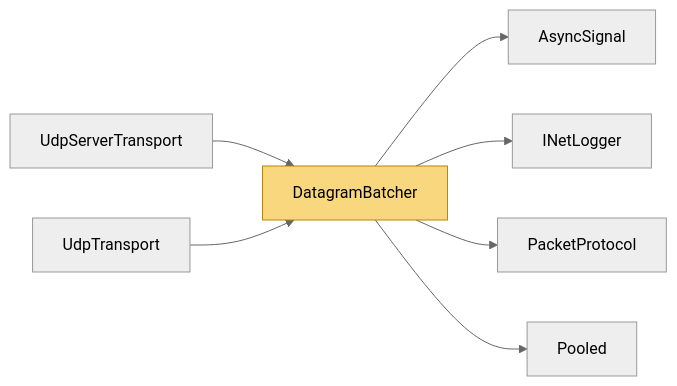
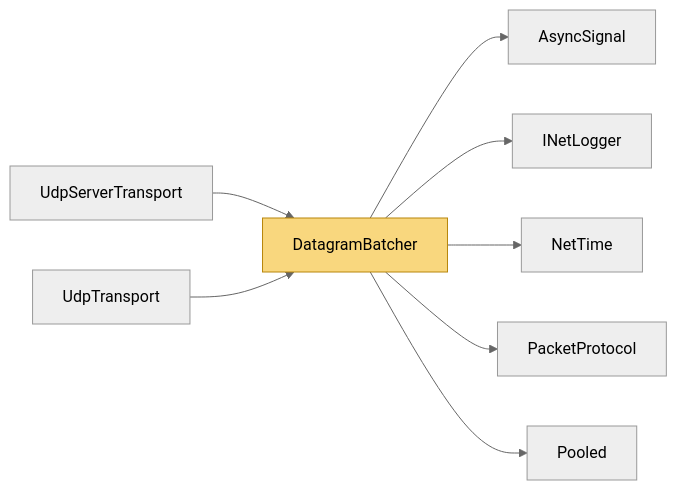
One commit to VladislavKresov/NetSync changed the diagram in docs/Code/Transports/Udp/DatagramBatcher.md. Above: the diagram before and after it, drawn with Mermaid (neutral theme). The commit also changed other lines of this file and 56 other files, not shown here.

Commit message:
Docs: limitations and roadmap after rc.6 work; regenerated code reference

````diff
--- a/docs/Code/Transports/Udp/DatagramBatcher.md
+++ b/docs/Code/Transports/Udp/DatagramBatcher.md
@@ -81,11 +81,12 @@
 ```mermaid
 flowchart LR
   m_DatagramBatcher["DatagramBatcher"]:::self
   m_DatagramBatcher --> m_AsyncSignal["AsyncSignal"]
   m_DatagramBatcher --> m_INetLogger["INetLogger"]
+  m_DatagramBatcher --> m_NetTime["NetTime"]
   m_DatagramBatcher --> m_PacketProtocol["PacketProtocol"]
   m_DatagramBatcher --> m_Pooled["Pooled"]
   m_UdpServerTransport["UdpServerTransport"] --> m_DatagramBatcher
   m_UdpTransport["UdpTransport"] --> m_DatagramBatcher
   classDef self fill:#f9d77e,stroke:#b8860b,color:#000
 ```
````
